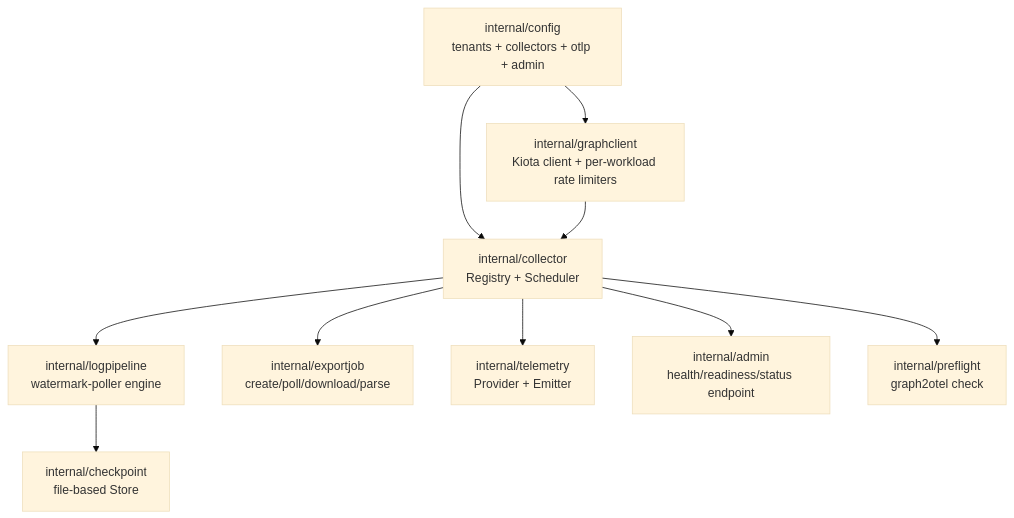
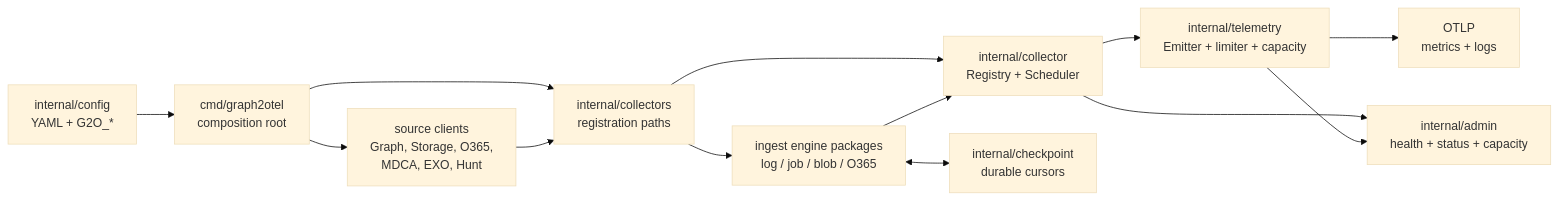
Before and after one commit to rknightion/graph2otel: the diagram in docs/architecture.md, drawn with Mermaid (base theme). The commit also changed other lines of this file and 27 other files, not shown here.

````diff
--- a/docs/architecture.md
+++ b/docs/architecture.md
@@ -10,22 +11,26 @@
 ```mermaid
-flowchart TB
-    cfg["internal/config<br/>tenants + collectors + otlp + admin"]
-    gc["internal/graphclient<br/>Kiota client + per-workload rate limiters"]
-    coll["internal/collector<br/>Registry + Scheduler"]
-    lp["internal/logpipeline<br/>watermark-poller engine"]
-    ej["internal/exportjob<br/>create/poll/download/parse"]
-    ck["internal/checkpoint<br/>file-based Store"]
-    tel["internal/telemetry<br/>Provider + Emitter"]
-    admin["internal/admin<br/>health/readiness/status endpoint"]
-    preflight["internal/preflight<br/>graph2otel check"]
+flowchart LR
+    cfg["internal/config<br/>YAML + G2O_*"]
+    root["cmd/graph2otel<br/>composition root"]
+    clients["source clients<br/>Graph, Storage, O365,<br/>MDCA, EXO, Hunt"]
+    factories["internal/collectors<br/>registration paths"]
+    engines["ingest engine packages<br/>log / job / blob / O365"]
+    scheduler["internal/collector<br/>Registry + Scheduler"]
+    emitter["internal/telemetry<br/>Emitter + limiter + capacity"]
+    otlp["OTLP<br/>metrics + logs"]
+    checkpoint["internal/checkpoint<br/>durable cursors"]
+    admin["internal/admin<br/>health + status + capacity"]
 
-    cfg --> coll
-    cfg --> gc
-    gc --> coll
-    coll --> lp
-    coll --> ej
-    lp --> ck
-    coll --> tel
-    coll --> admin
-    coll --> preflight
+    cfg --> root
+    root --> clients
+    root --> factories
+    clients --> factories
+    factories --> engines
+    factories --> scheduler
+    engines --> scheduler
+    engines <--> checkpoint
+    scheduler --> emitter
+    emitter --> otlp
+    scheduler --> admin
+    emitter --> admin
 ```
````
